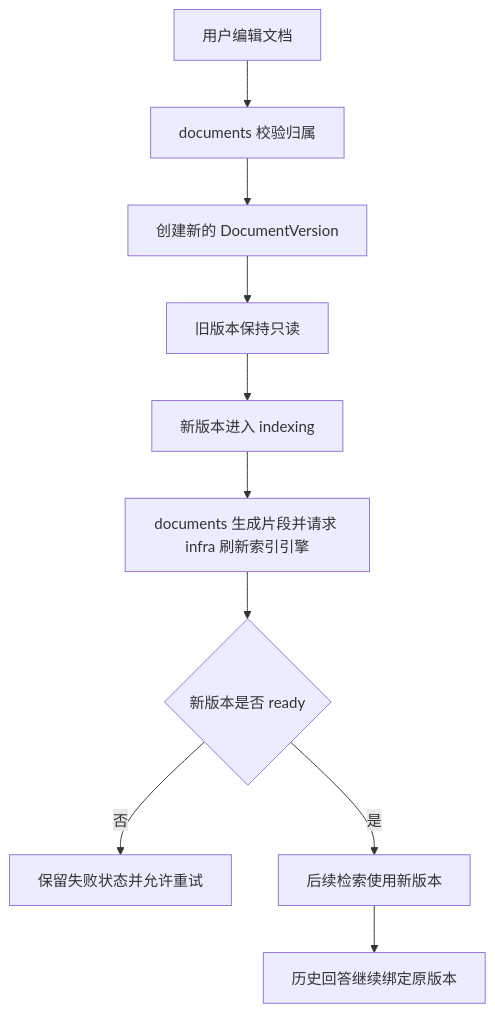
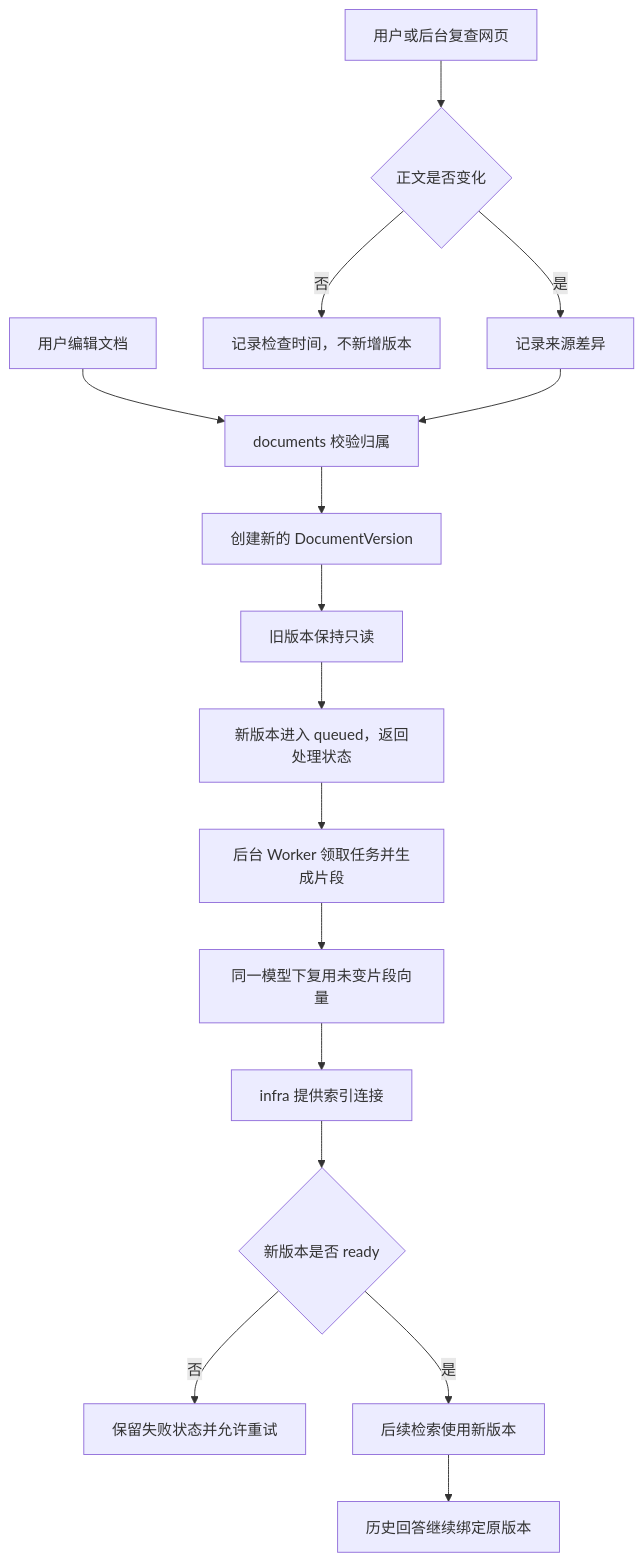
The diagram in docs/flows/document-update.md (yoyo021608/yoyo-knowledge-base), drawn with Mermaid before and after one commit. The commit also changed 29 other files, not shown here.

````diff
--- a/docs/flows/document-update.md
+++ b/docs/flows/document-update.md
@@ -3,12 +3,18 @@
 ```mermaid
 flowchart TD
     A[用户编辑文档] --> B[documents 校验归属]
+    S[用户或后台复查网页] --> T{正文是否变化}
+    T -- 否 --> U[记录检查时间，不新增版本]
+    T -- 是 --> V[记录来源差异]
+    V --> B
     B --> C[创建新的 DocumentVersion]
     C --> D[旧版本保持只读]
-    D --> E[新版本进入 indexing]
-    E --> F[documents 生成片段并请求 infra 刷新索引引擎]
-    F --> G{新版本是否 ready}
-    G -- 否 --> H[保留失败状态并允许重试]
-    G -- 是 --> I[后续检索使用新版本]
-    I --> J[历史回答继续绑定原版本]
+    D --> E[新版本进入 queued，返回处理状态]
+    E --> F[后台 Worker 领取任务并生成片段]
+    F --> G[同一模型下复用未变片段向量]
+    G --> H[infra 提供索引连接]
+    H --> I{新版本是否 ready}
+    I -- 否 --> J[保留失败状态并允许重试]
+    I -- 是 --> K[后续检索使用新版本]
+    K --> L[历史回答继续绑定原版本]
 ```
````
